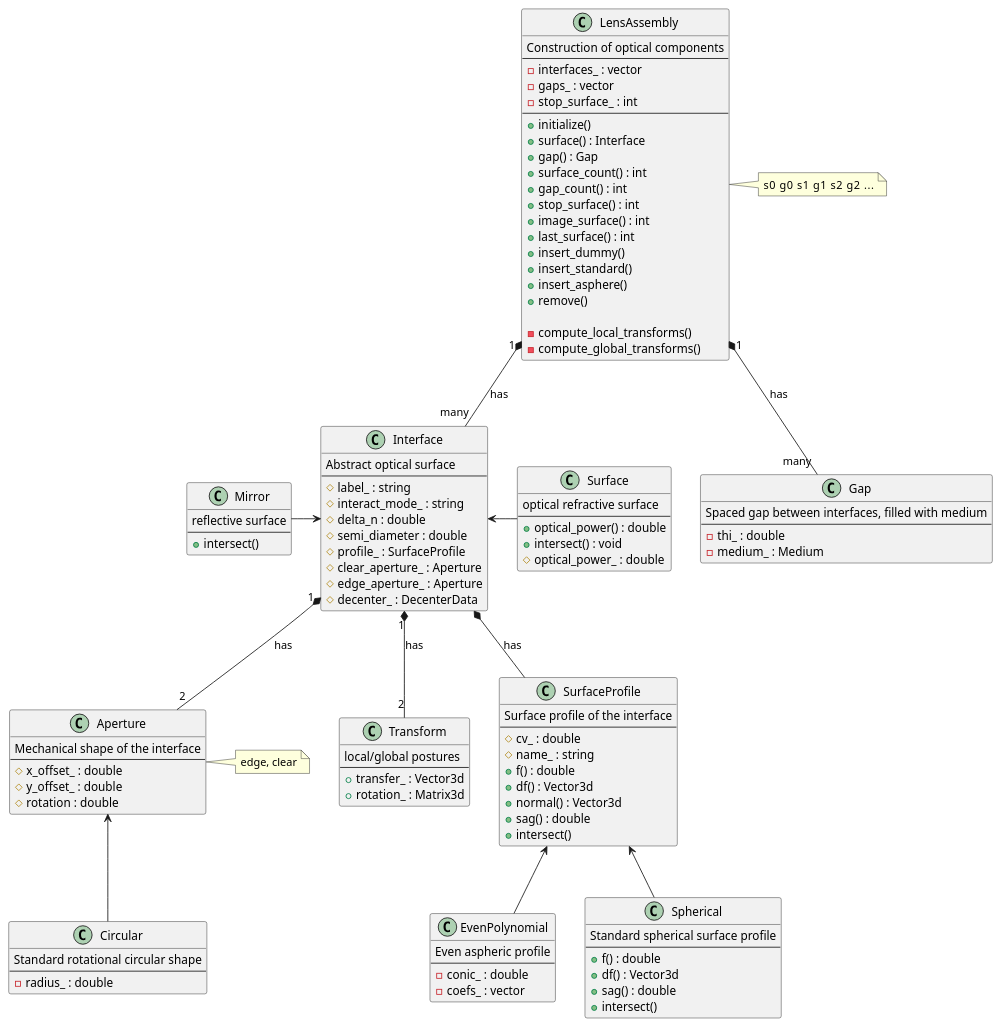
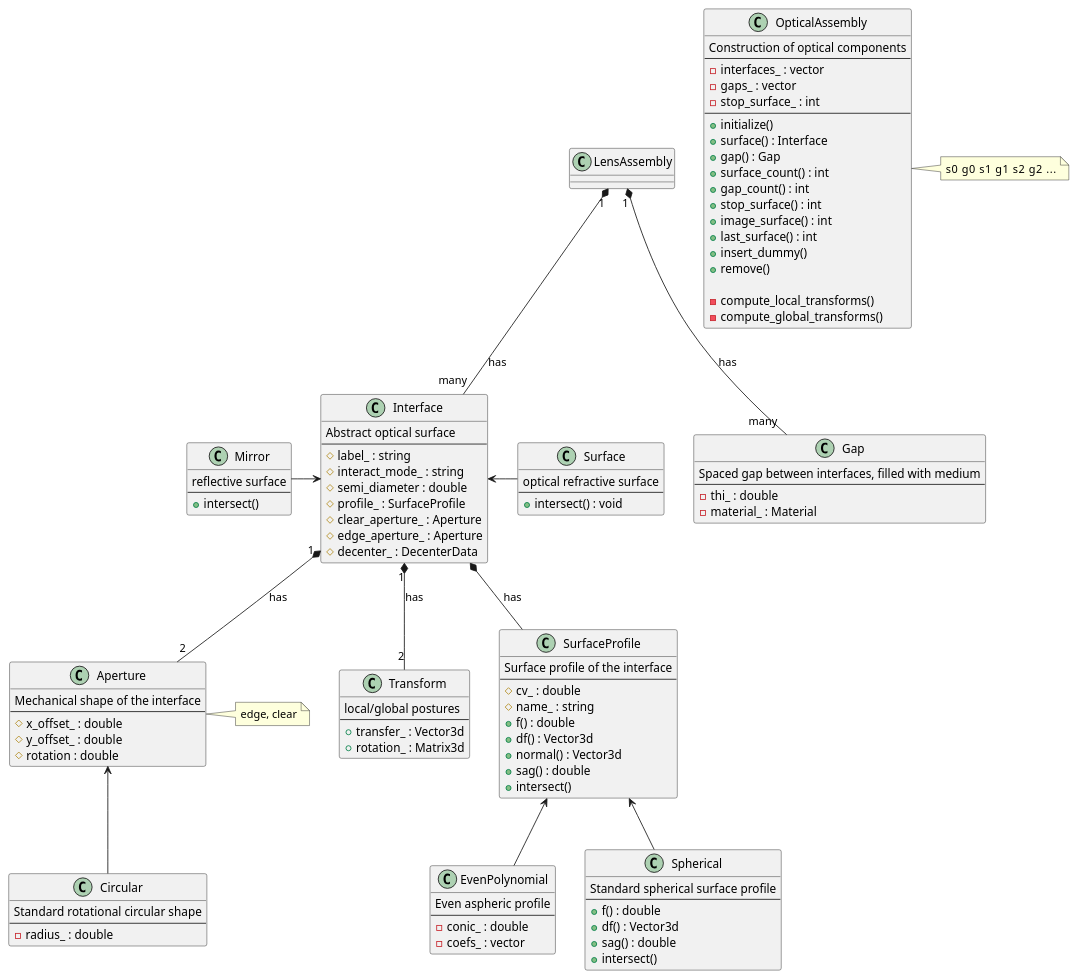
One commit to heterophyllus/Geopter changed the diagram in data/plantuml/assembly.pu. Above: the diagram before and after it, drawn with PlantUML. The commit also changed 4 other files, not shown here.

Commit message:
update plantuml

```diff
--- a/data/plantuml/assembly.pu
+++ b/data/plantuml/assembly.pu
@@ -1,135 +1,130 @@
 @startuml　Assembly
 
-class LensAssembly {
+class OpticalAssembly {
     Construction of optical components
     ---
     - interfaces_ : vector
     - gaps_ : vector
     - stop_surface_ : int
     ---
     + initialize()
     + surface() : Interface
     + gap() : Gap
     + surface_count() : int
     + gap_count() : int
     + stop_surface() : int
     + image_surface() : int
     + last_surface() : int
     + insert_dummy()
-    + insert_standard()
-    + insert_asphere()
     + remove()
 
     - compute_local_transforms()
     - compute_global_transforms()
 }
 
 note right : s0  g0  s1  g1  s2 g2 ...
 
 class Gap {
     Spaced gap between interfaces, filled with medium
     ---
     - thi_ : double
-    - medium_ : Medium
+    - material_ : Material
 }
 
 
 class Transform {
     local/global postures
     ---
     + transfer_ : Vector3d
     + rotation_ : Matrix3d
 }
 
 class Interface {
     Abstract optical surface
     ---
     # label_ : string
     # interact_mode_ : string
-    # delta_n : double
     # semi_diameter : double
     # profile_ : SurfaceProfile
     # clear_aperture_ : Aperture
     # edge_aperture_ : Aperture
     # decenter_ : DecenterData
 }
 
 
 class Surface {
     optical refractive surface
     ---
-    + optical_power() : double
     + intersect() : void
-    # optical_power_ : double
 }
 
 class Mirror {
     reflective surface
     ---
     + intersect()
 }
 
 
 class SurfaceProfile {
     Surface profile of the interface
     ---
     # cv_ : double
     # name_ : string
     + f() : double
     + df() : Vector3d
     + normal() : Vector3d
     + sag() : double
     + intersect()
 }
 
 class Spherical {
     Standard spherical surface profile
     ---
     + f() : double
     + df() : Vector3d
     + sag() : double
     + intersect()
 }
 
 class EvenPolynomial {
     Even aspheric profile
     ---
     - conic_ : double
     - coefs_ : vector
 }
 
 
 class Aperture {
     Mechanical shape of the interface
     ---
     # x_offset_ : double
     # y_offset_ : double
     # rotation : double
 }
 note right : edge, clear
 
 class Circular {
     Standard rotational circular shape
     ---
     - radius_ : double
 }
 
 LensAssembly "1" *-- "many" Interface : has
 LensAssembly "1" *-- "many" Gap : has
 
 left to right direction
 Interface <-left- Surface
 Interface <-left- Mirror
 
 
 top to bottom direction
 Interface "1" *-- "2" Transform : has
 Interface *-- SurfaceProfile :  has
 SurfaceProfile <-- Spherical 
 SurfaceProfile <-- EvenPolynomial
 
 Interface "1" *-- "2" Aperture : has
 
 Aperture <-- Circular
 
 @enduml
```
